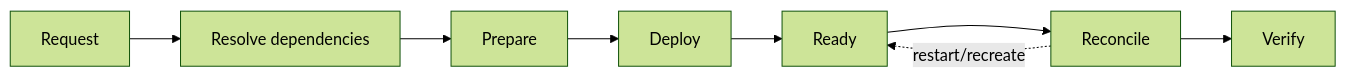
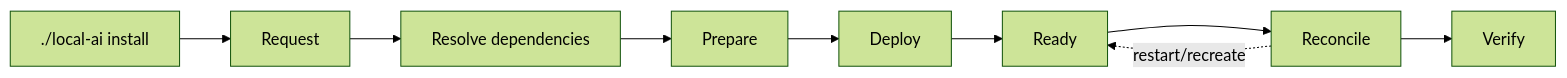
The diagram in installer/README.md (ea1het/local_hybrid_ai), drawn with Mermaid (forest theme) before and after one commit. The commit also changed other lines of this file, not shown here.

Commit message:
Mark installer as internal behind local-ai

````diff
--- a/installer/README.md
+++ b/installer/README.md
@@ -5,6 +7,6 @@
 ```mermaid
 flowchart LR
-    Request --> Resolve[Resolve dependencies]
+    CLI[./local-ai install] --> Request --> Resolve[Resolve dependencies]
     Resolve --> Prepare --> Deploy --> Ready --> Reconcile --> Verify
     Reconcile -. restart/recreate .-> Ready
 ```
````
